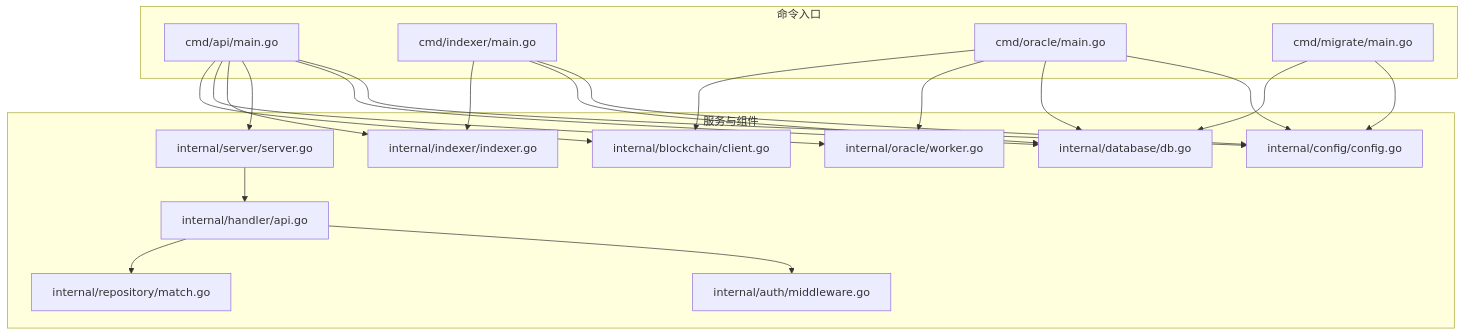
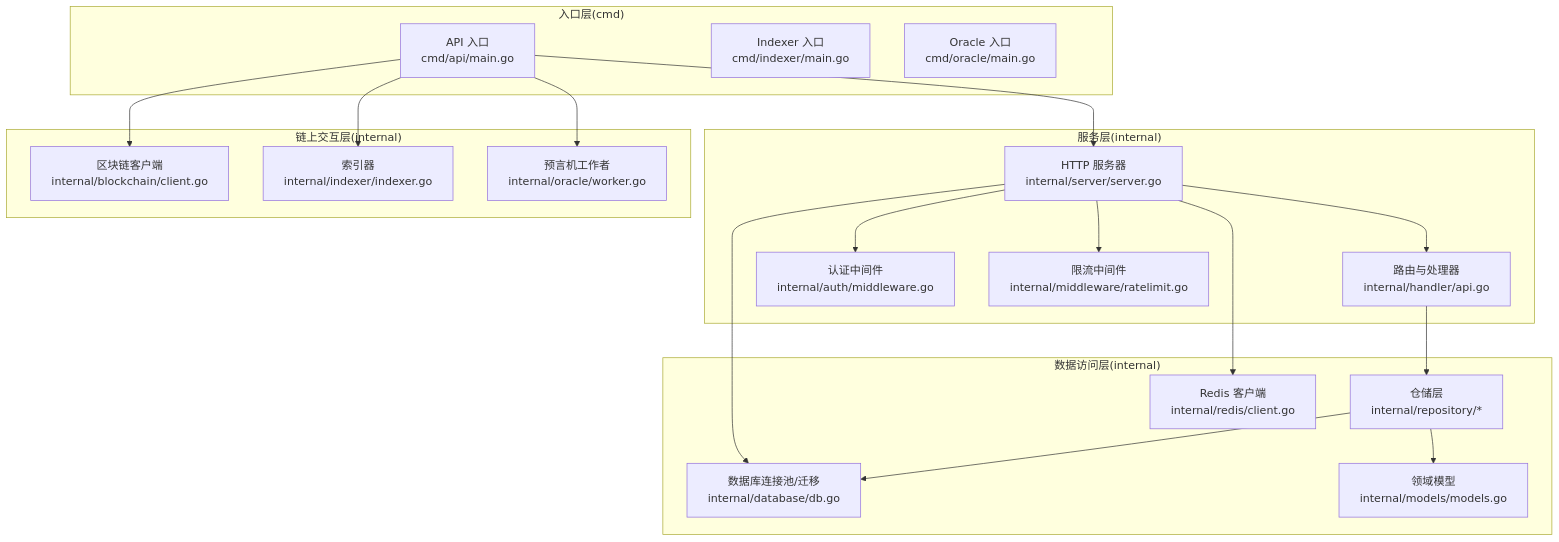
The first of 9 diagrams in backend/.qoder/repowiki/zh/content/架构设计/架构设计.md (SimonHofman/PredictionDIDSimple), drawn with Mermaid before and after one commit. The commit also changed other lines of this file and 162 other files, not shown here.

````diff
--- a/backend/.qoder/repowiki/zh/content/架构设计/架构设计.md
+++ b/backend/.qoder/repowiki/zh/content/架构设计/架构设计.md
@@ -45,38 +43,37 @@
 ```mermaid
 graph TB
-subgraph "命令入口"
-API_CMD["cmd/api/main.go"]
-IDX_CMD["cmd/indexer/main.go"]
-ORA_CMD["cmd/oracle/main.go"]
-MIG_CMD["cmd/migrate/main.go"]
+subgraph "入口层(cmd)"
+API["API 入口<br/>cmd/api/main.go"]
+IDX["Indexer 入口<br/>cmd/indexer/main.go"]
+ORA["Oracle 入口<br/>cmd/oracle/main.go"]
 end
-subgraph "服务与组件"
-CFG["internal/config/config.go"]
-SRV["internal/server/server.go"]
-H_API["internal/handler/api.go"]
-AUTH_MW["internal/auth/middleware.go"]
-IDX["internal/indexer/indexer.go"]
-ORA["internal/oracle/worker.go"]
-BC_CLIENT["internal/blockchain/client.go"]
-DB["internal/database/db.go"]
-MATCH_REPO["internal/repository/match.go"]
+subgraph "服务层(internal)"
+SRV["HTTP 服务器<br/>internal/server/server.go"]
+HND["路由与处理器<br/>internal/handler/api.go"]
+AUTH["认证中间件<br/>internal/auth/middleware.go"]
+RL["限流中间件<br/>internal/middleware/ratelimit.go"]
 end
-API_CMD --> CFG
-API_CMD --> DB
-API_CMD --> SRV
-SRV --> H_API
-H_API --> AUTH_MW
-H_API --> MATCH_REPO
-API_CMD --> IDX
-API_CMD --> ORA
-API_CMD --> BC_CLIENT
-IDX_CMD --> CFG
-IDX_CMD --> DB
-IDX_CMD --> IDX
-ORA_CMD --> CFG
-ORA_CMD --> DB
-ORA_CMD --> ORA
-ORA_CMD --> BC_CLIENT
-MIG_CMD --> CFG
-MIG_CMD --> DB
+subgraph "数据访问层(internal)"
+REPO["仓储层<br/>internal/repository/*"]
+DB["数据库连接池/迁移<br/>internal/database/db.go"]
+REDIS["Redis 客户端<br/>internal/redis/client.go"]
+MODELS["领域模型<br/>internal/models/models.go"]
+end
+subgraph "链上交互层(internal)"
+BC["区块链客户端<br/>internal/blockchain/client.go"]
+IDXCOMP["索引器<br/>internal/indexer/indexer.go"]
+ORACOMP["预言机工作者<br/>internal/oracle/worker.go"]
+end
+API --> SRV
+SRV --> HND
+SRV --> AUTH
+SRV --> RL
+HND --> REPO
+SRV --> DB
+SRV --> REDIS
+REPO --> DB
+REPO --> MODELS
+API --> BC
+API --> IDXCOMP
+API --> ORACOMP
 ```
````
